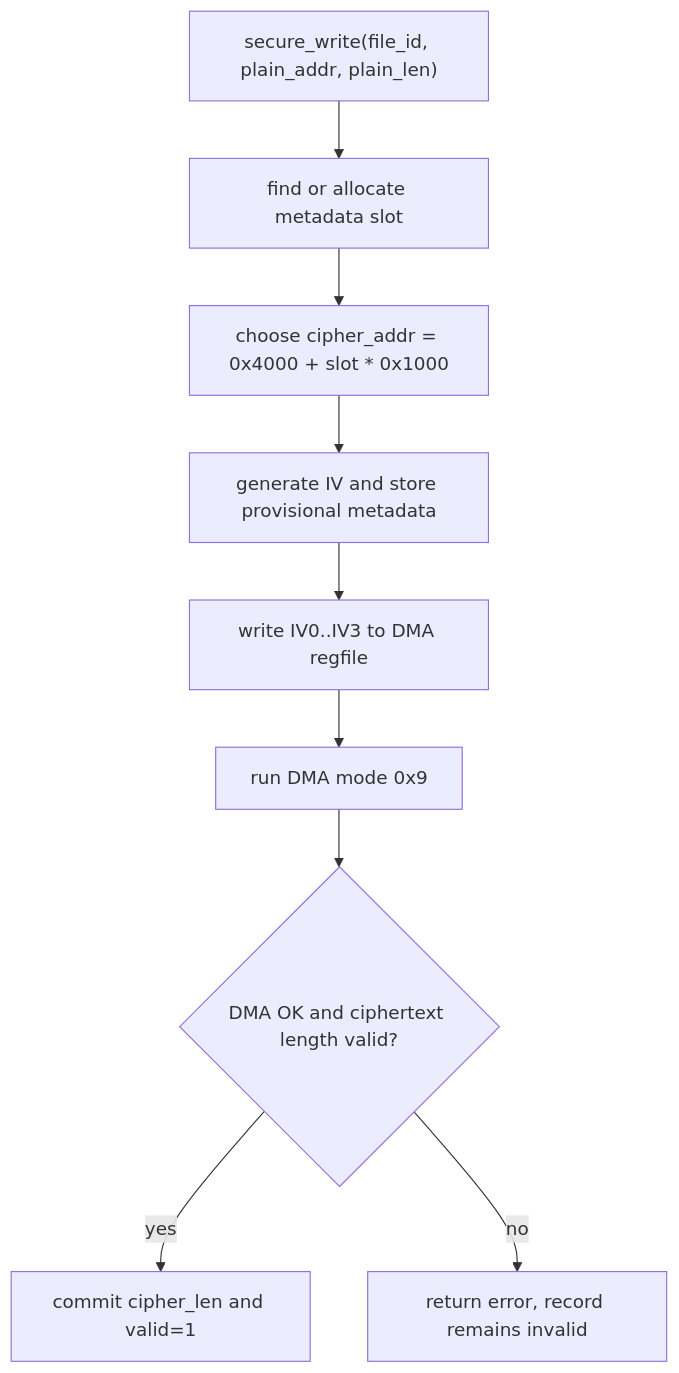
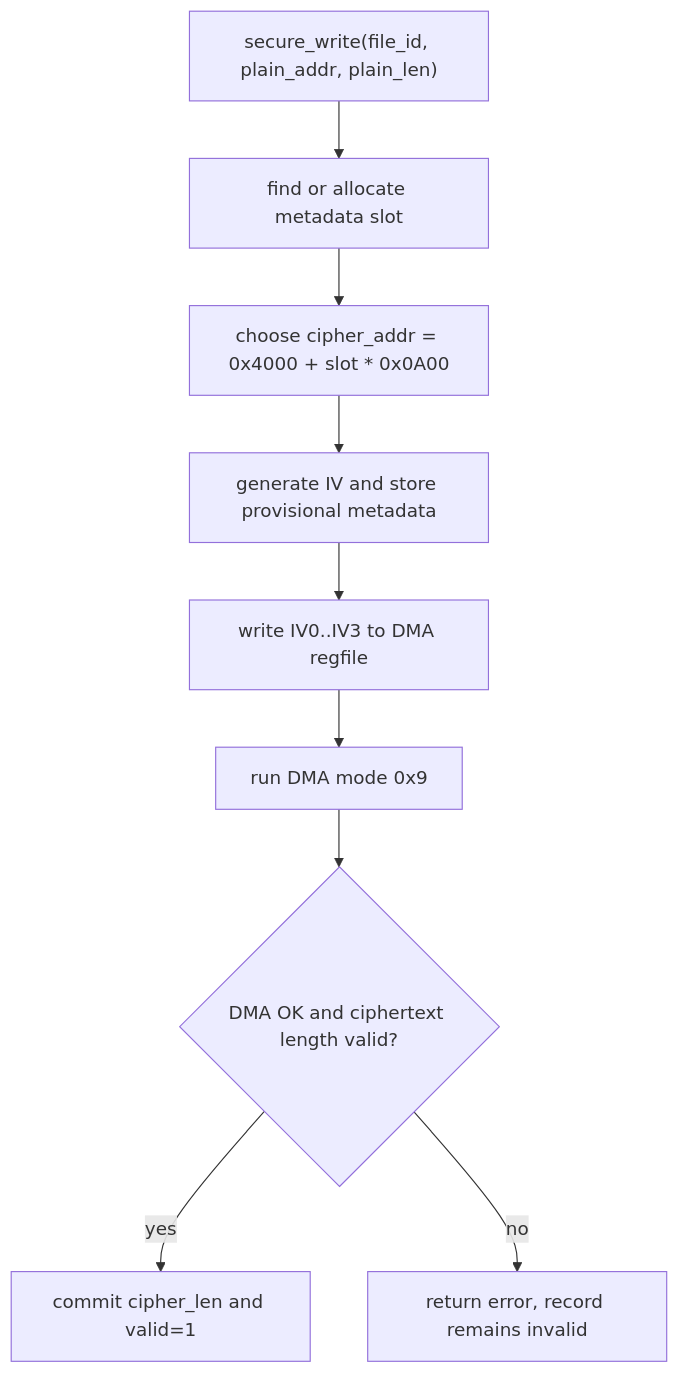
The second of 5 diagrams in docs/00_current_system_spec.md (ngoquocan139/AES_huffman_all6), drawn with Mermaid before and after one commit. The commit also changed other lines of this file and 23 other files, not shown here.

````diff
--- a/docs/00_current_system_spec.md
+++ b/docs/00_current_system_spec.md
@@ -236,11 +238,11 @@
 ```mermaid
 flowchart TD
   A["secure_write(file_id, plain_addr, plain_len)"] --> B["find or allocate metadata slot"]
-  B --> C["choose cipher_addr = 0x4000 + slot * 0x1000"]
+  B --> C["choose cipher_addr = 0x4000 + slot * 0x0A00"]
   C --> D["generate IV and store provisional metadata"]
   D --> E["write IV0..IV3 to DMA regfile"]
   E --> F["run DMA mode 0x9"]
   F --> G{"DMA OK and ciphertext length valid?"}
   G -->|"yes"| H["commit cipher_len and valid=1"]
   G -->|"no"| I["return error, record remains invalid"]
 ```
````
